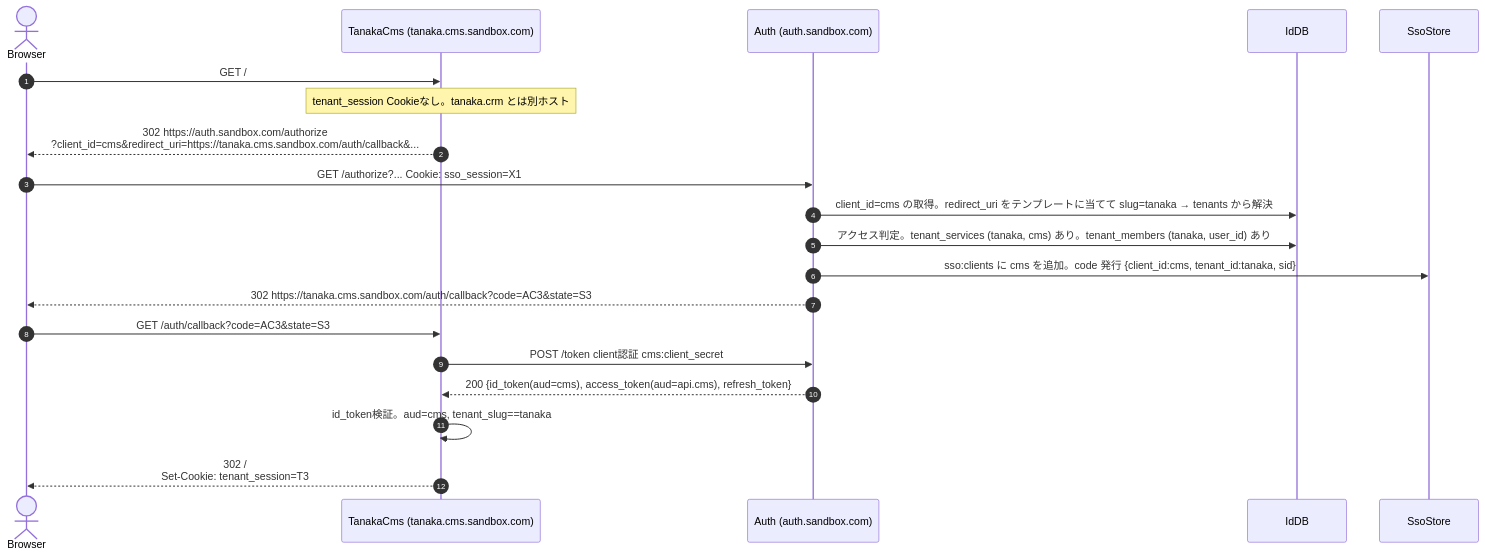
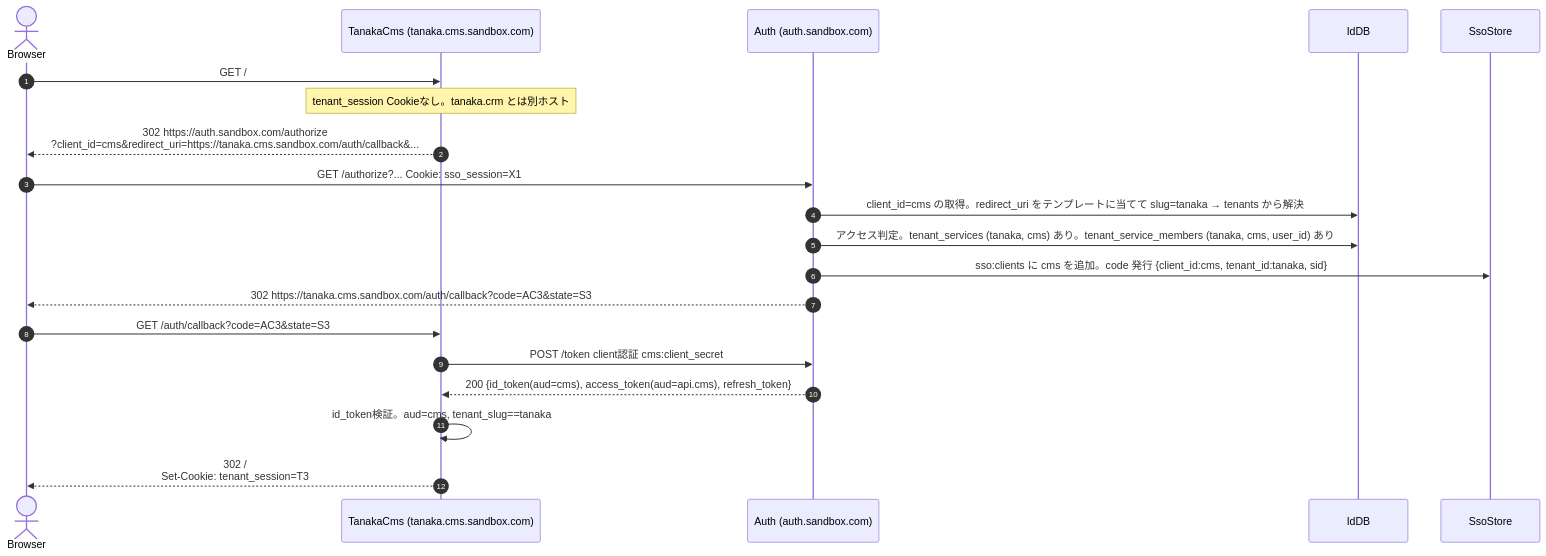
The third of 15 diagrams in docs/design/02-auth-sequences.md (daisuke-tanabe/multi-domain-sandbox), drawn with Mermaid before and after one commit. The commit also changed other lines of this file and 48 other files, not shown here.

````diff
--- a/docs/design/02-auth-sequences.md
+++ b/docs/design/02-auth-sequences.md
@@ -157,23 +158,23 @@
 ```mermaid
 sequenceDiagram
     autonumber
     actor Browser
     participant TanakaCms as TanakaCms (tanaka.cms.sandbox.com)
     participant Auth as Auth (auth.sandbox.com)
     participant IdDB
     participant SsoStore
 
     Browser->>TanakaCms: GET /
     Note over TanakaCms: tenant_session Cookieなし。tanaka.crm とは別ホスト
     TanakaCms-->>Browser: 302 https://auth.sandbox.com/authorize<br/>?client_id=cms&redirect_uri=https://tanaka.cms.sandbox.com/auth/callback&...
     Browser->>Auth: GET /authorize?... Cookie: sso_session=X1
     Auth->>IdDB: client_id=cms の取得。redirect_uri をテンプレートに当てて slug=tanaka → tenants から解決
-    Auth->>IdDB: アクセス判定。tenant_services (tanaka, cms) あり。tenant_members (tanaka, user_id) あり
+    Auth->>IdDB: アクセス判定。tenant_services (tanaka, cms) あり。tenant_service_members (tanaka, cms, user_id) あり
     Auth->>SsoStore: sso:clients に cms を追加。code 発行 {client_id:cms, tenant_id:tanaka, sid}
     Auth-->>Browser: 302 https://tanaka.cms.sandbox.com/auth/callback?code=AC3&state=S3
     Browser->>TanakaCms: GET /auth/callback?code=AC3&state=S3
     TanakaCms->>Auth: POST /token client認証 cms:client_secret
     Auth-->>TanakaCms: 200 {id_token(aud=cms), access_token(aud=api.cms), refresh_token}
     TanakaCms->>TanakaCms: id_token検証。aud=cms, tenant_slug==tanaka
     TanakaCms-->>Browser: 302 /<br/>Set-Cookie: tenant_session=T3
 ```
````
